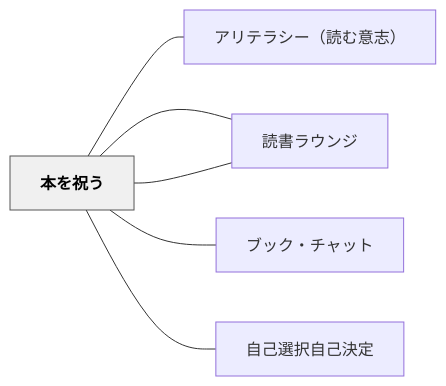
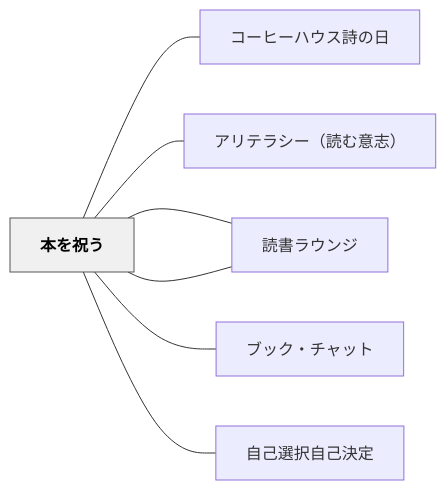
Before and after one commit to unknownthings-ed-patterns/unknownthings-ed-patterns: the diagram in content/パタン/本を祝う.md, drawn with Mermaid. The commit also changed other lines of this file and 473 other files, not shown here.

````diff
--- a/content/パタン/本を祝う.md
+++ b/content/パタン/本を祝う.md
@@ -189,18 +190,20 @@
 ```mermaid
 flowchart LR
     ne69cace38292["本を祝う"]
+    ne382b3e383bc["コーヒーハウス詩の日"]
     ne382a2e383aa["アリテラシー（読む意志）"]
     ne8aaade69bb8["読書アイデンティティ"]
     ne38396e38383["ブック・チャット"]
     ne8aaade69bb8["読書ラウンジ"]
     ne887aae5b7b1["自己選択自己決定"]
 
+    ne69cace38292 --- ne382b3e383bc
     ne69cace38292 --- ne382a2e383aa
     ne69cace38292 --- ne8aaade69bb8
     ne69cace38292 --- ne38396e38383
     ne69cace38292 --- ne8aaade69bb8
     ne69cace38292 --- ne887aae5b7b1
 
     classDef hub fill:#f0f0f0,stroke:#555,color:#000,font-weight:bold
     class ne69cace38292 hub
 ```
````
